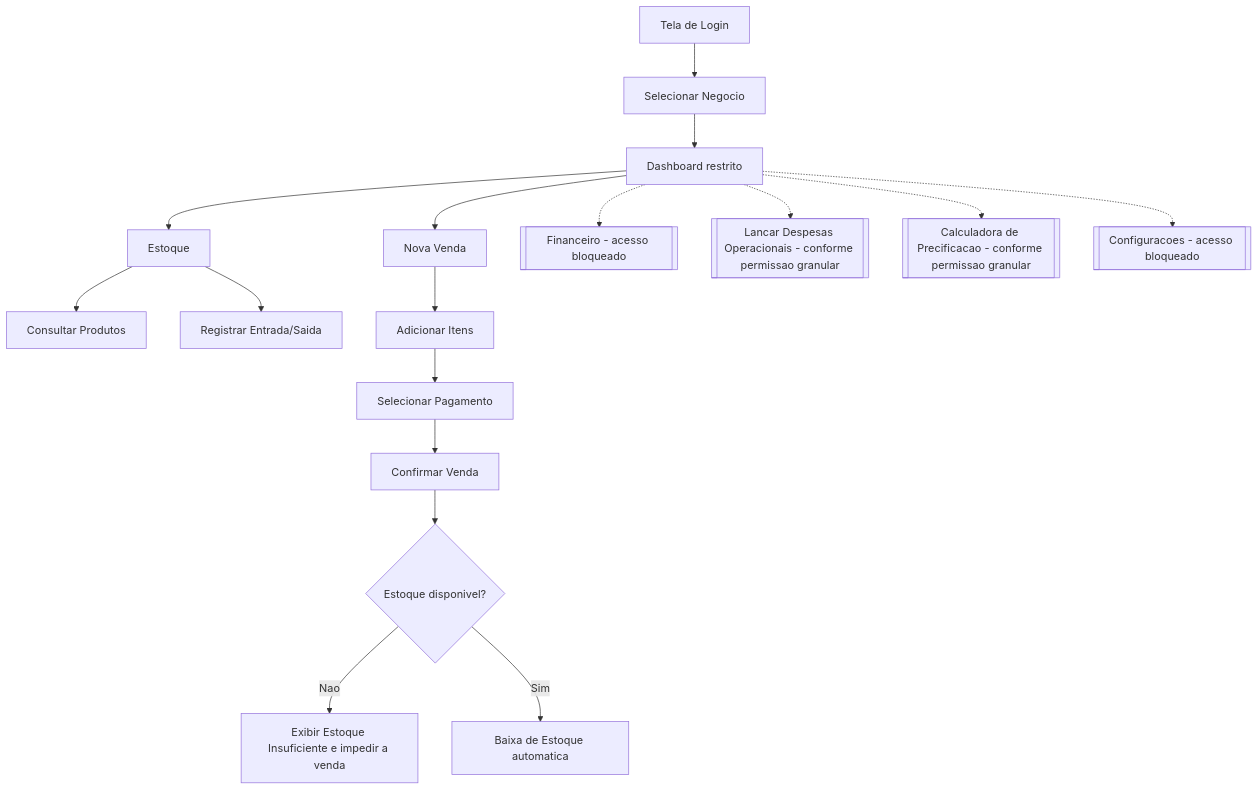
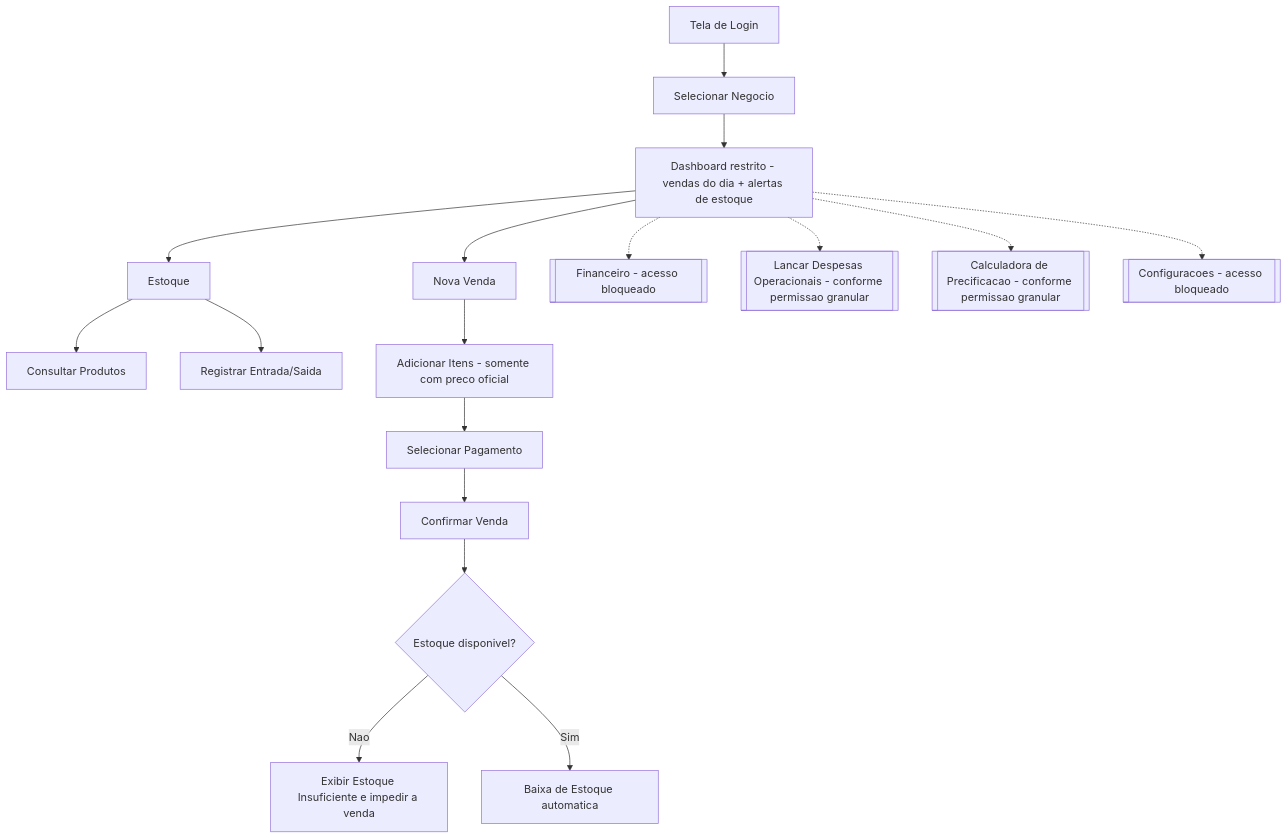
One commit to VitorHashimoto21/projeto_HE_modelagem_de_sistemas changed the third of 4 diagrams in docs/dominio_fluxogramas/FLUXOGRAMAS.md. Above: the diagram before and after it, drawn with Mermaid. The commit also changed other lines of this file and 19 other files, not shown here.

````diff
--- a/docs/dominio_fluxogramas/FLUXOGRAMAS.md
+++ b/docs/dominio_fluxogramas/FLUXOGRAMAS.md
@@ -99,21 +108,21 @@
 ```mermaid
 flowchart TD
     A[Tela de Login] --> B[Selecionar Negocio]
-    B --> C[Dashboard restrito]
+    B --> C[Dashboard restrito - vendas do dia + alertas de estoque]
     C --> D[Estoque]
     D --> D1[Consultar Produtos]
     D --> D2[Registrar Entrada/Saida]
 
     C --> E[Nova Venda]
-    E --> E1[Adicionar Itens]
+    E --> E1[Adicionar Itens - somente com preco oficial]
     E1 --> E2[Selecionar Pagamento]
     E2 --> E3[Confirmar Venda]
     E3 --> E5{Estoque disponivel?}
     E5 -->|Nao| E6[Exibir Estoque Insuficiente e impedir a venda]
     E5 -->|Sim| E4[Baixa de Estoque automatica]
 
     C -.-> F[[Financeiro - acesso bloqueado]]
     C -.-> F1[[Lancar Despesas Operacionais - conforme permissao granular]]
     C -.-> G[[Calculadora de Precificacao - conforme permissao granular]]
     C -.-> H[[Configuracoes - acesso bloqueado]]
 ```
````
